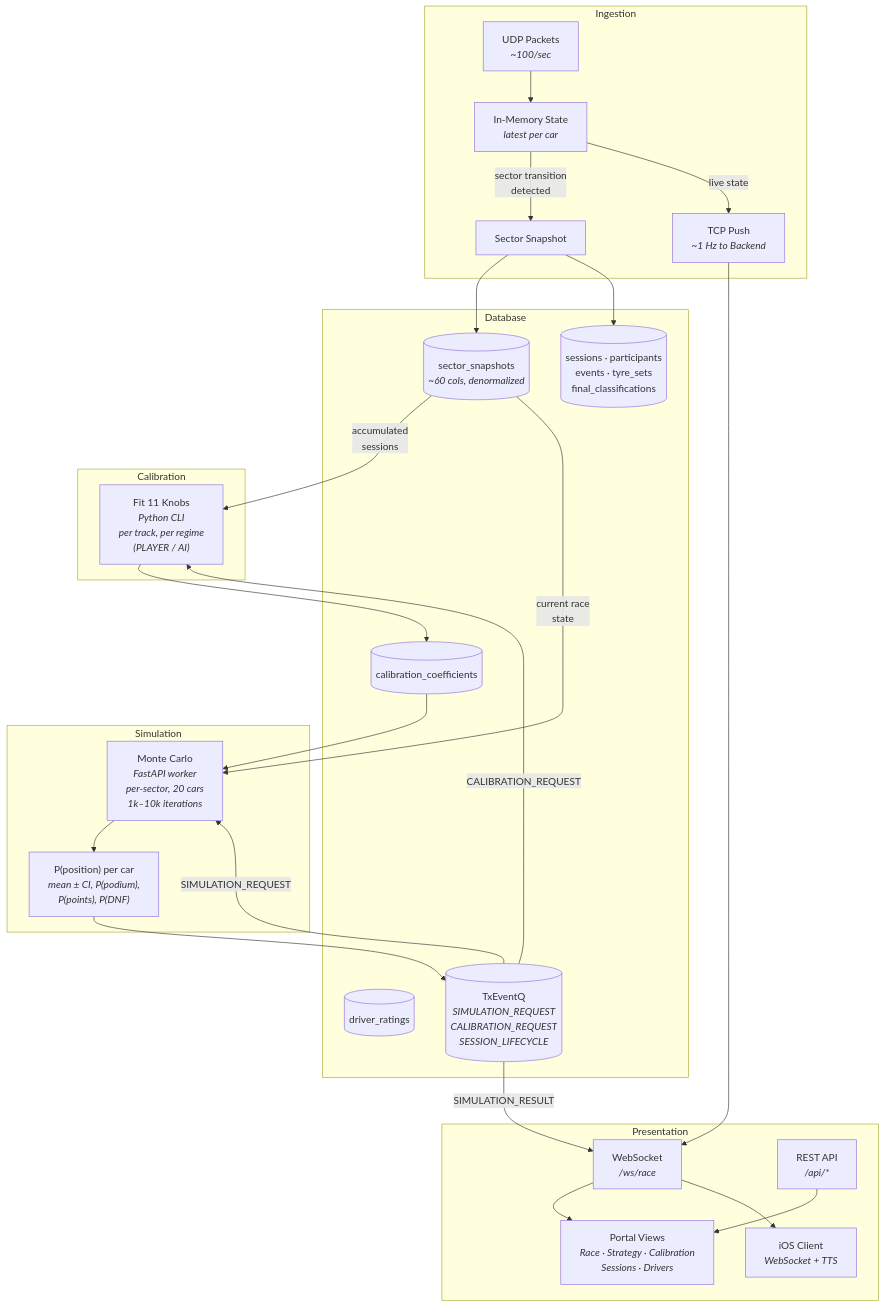
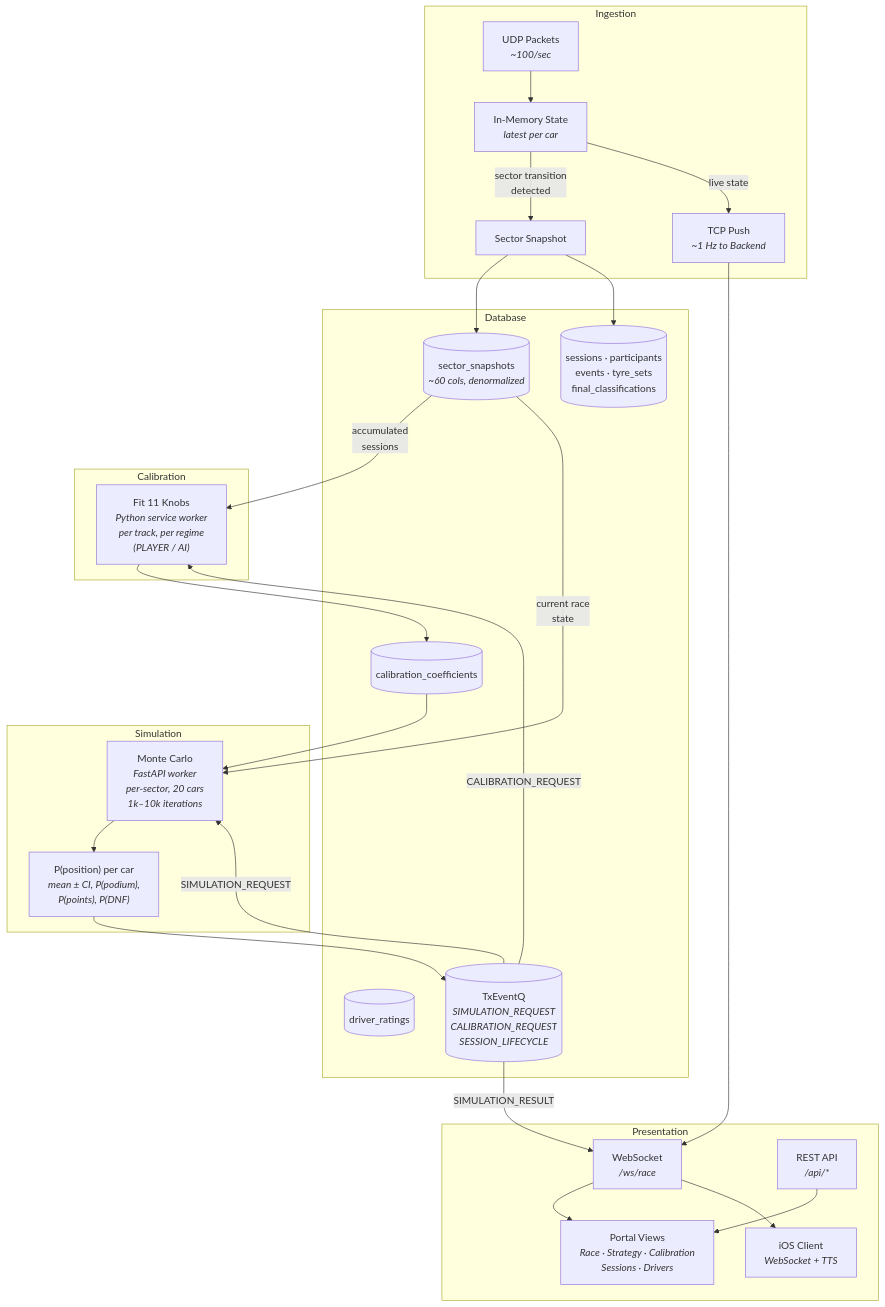
One commit to vmleon/f12025-race-strategy-simulation changed the second of 2 diagrams in README.md. Above: the diagram before and after it, drawn with Mermaid. The commit also changed other lines of this file, not shown here.

````diff
--- a/README.md
+++ b/README.md
@@ -43,52 +43,52 @@
 ```mermaid
 graph TD
     subgraph Ingestion
         UDP["UDP Packets<br/><i>~100/sec</i>"]
         Mem["In-Memory State<br/><i>latest per car</i>"]
         Snap["Sector Snapshot"]
         TCP["TCP Push<br/><i>~1 Hz to Backend</i>"]
         UDP --> Mem
         Mem -- "sector transition<br/>detected" --> Snap
         Mem -- "live state" --> TCP
     end
 
     subgraph Database
         SS[("sector_snapshots<br/><i>~60 cols, denormalized</i>")]
         CC[("calibration_coefficients")]
         DR[("driver_ratings")]
         Aux[("sessions · participants<br/>events · tyre_sets<br/>final_classifications")]
         Q[("TxEventQ<br/><i>SIMULATION_REQUEST<br/>CALIBRATION_REQUEST<br/>SESSION_LIFECYCLE</i>")]
     end
 
     subgraph Calibration
-        Fit["Fit 11 Knobs<br/><i>Python CLI<br/>per track, per regime<br/>(PLAYER / AI)</i>"]
+        Fit["Fit 11 Knobs<br/><i>Python service worker<br/>per track, per regime<br/>(PLAYER / AI)</i>"]
     end
 
     subgraph Simulation
         MC["Monte Carlo<br/><i>FastAPI worker<br/>per-sector, 20 cars<br/>1k–10k iterations</i>"]
         Out["P(position) per car<br/><i>mean ± CI, P(podium),<br/>P(points), P(DNF)</i>"]
         MC --> Out
     end
 
     subgraph Presentation
         WS["WebSocket<br/><i>/ws/race</i>"]
         REST["REST API<br/><i>/api/*</i>"]
         Views["Portal Views<br/><i>Race · Strategy · Calibration<br/>Sessions · Drivers</i>"]
         iOS["iOS Client<br/><i>WebSocket + TTS</i>"]
         WS --> Views
         WS --> iOS
         REST --> Views
     end
 
     Snap --> SS
     Snap --> Aux
     TCP --> WS
     Q -- "CALIBRATION_REQUEST" --> Fit
     SS -- "accumulated<br/>sessions" --> Fit
     Fit --> CC
     Q -- "SIMULATION_REQUEST" --> MC
     CC --> MC
     SS -- "current race<br/>state" --> MC
     Out --> Q
     Q -- "SIMULATION_RESULT" --> WS
 ```
````
